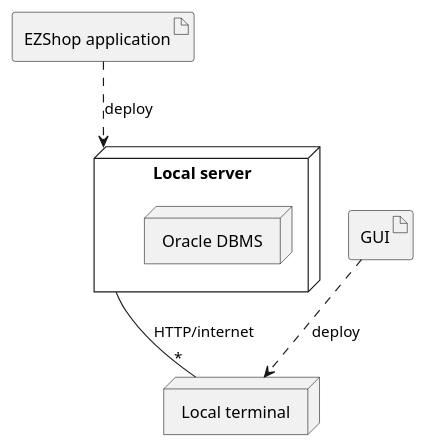
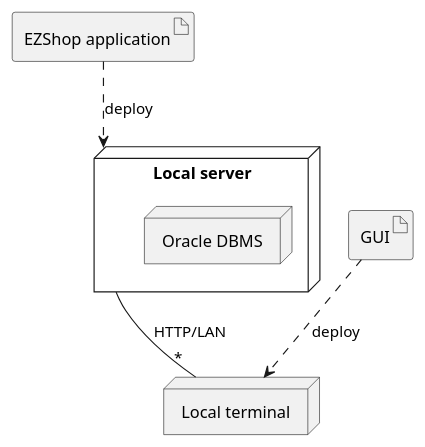
The seventh of 7 diagrams in Deliverables/RequirementsDocument.md (nicolabattaglino/ezshop), drawn with PlantUML before and after one commit. The commit also changed other lines of this file and 10 other files, not shown here.

````diff
--- a/Deliverables/RequirementsDocument.md
+++ b/Deliverables/RequirementsDocument.md
@@ -934,18 +940,18 @@
 ```plantuml
 @startuml
 
 artifact "EZShop application" as EZShop
 node "Local server" as localServer {
 	node "Oracle DBMS" as generalDB
 }
 
 node "Local terminal" as localTerminal
 artifact "GUI" as gui
 
 
-localServer --"*" localTerminal :HTTP/internet
+localServer --"*" localTerminal :HTTP/LAN
 EZShop ..> localServer:deploy
 gui ..> localTerminal:deploy
 @enduml
 
 ```
````
